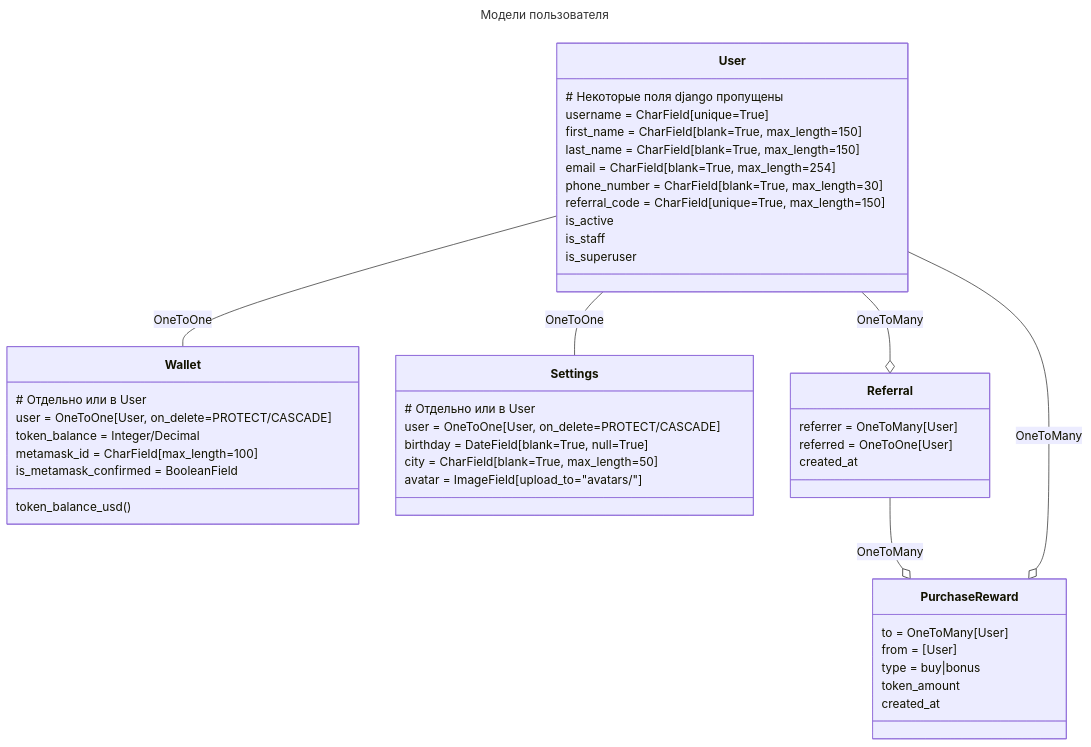
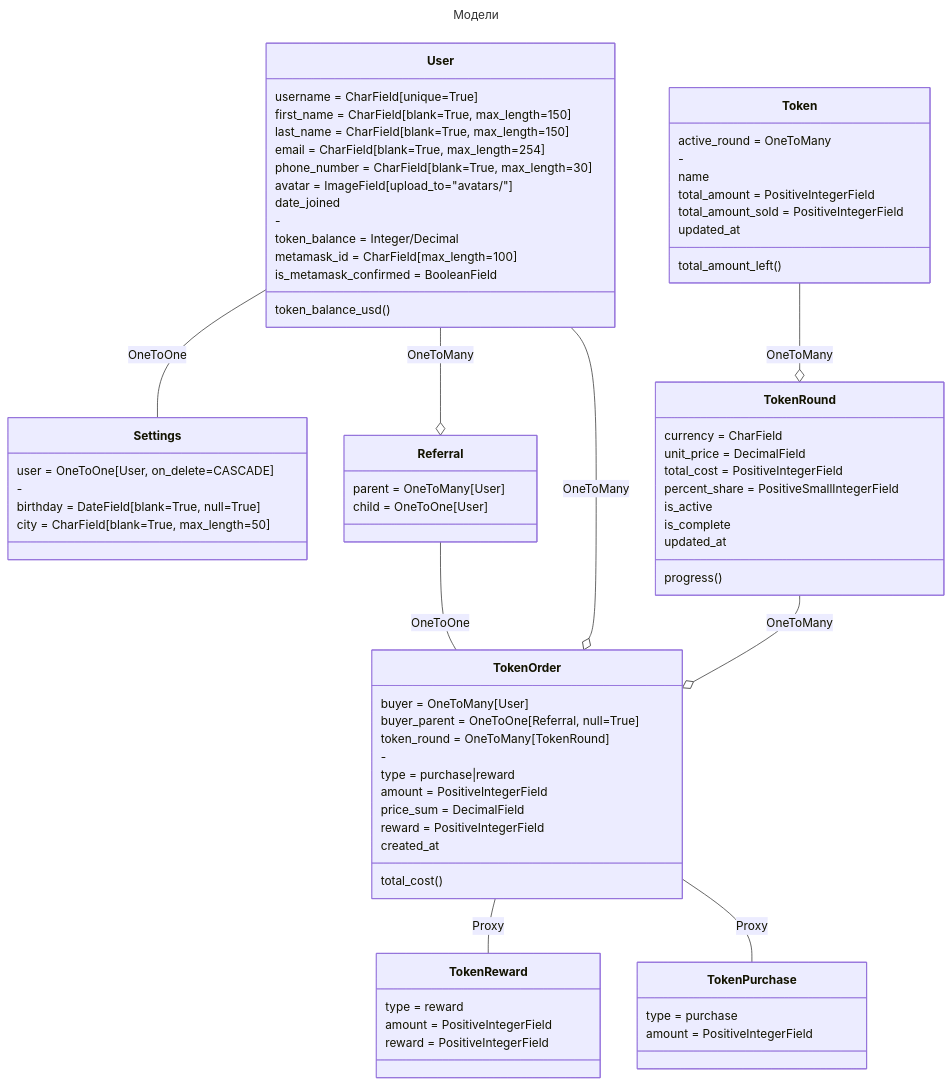
One commit to DmitryPi/market_django changed the first of 2 diagrams in README.md. Above: the diagram before and after it, drawn with Mermaid. The commit also changed 4 other files, not shown here.

Commit message:
- Create model TokenOrder  - Rename field is_completed on tokenround to is_complete - Delete model TokenPurchase - Add field token_round to tokenorder

````diff
--- a/README.md
+++ b/README.md
@@ -39,30 +39,26 @@
 ```mermaid
 ---
-title: Модели пользователя
+title: Модели
 ---
 classDiagram
-    User -- Wallet : OneToOne
     User -- Settings : OneToOne
     User --o Referral : OneToMany
-    Referral --o PurchaseReward : OneToMany
-    User --o PurchaseReward : OneToMany
+    Token --o TokenRound : OneToMany
+    User --o TokenOrder : OneToMany
+    TokenRound --o TokenOrder : OneToMany
+    Referral -- TokenOrder : OneToOne
+    TokenOrder -- TokenReward : Proxy
+    TokenOrder -- TokenPurchase : Proxy
 
     class User {
-        # Некоторые поля django пропущены
         username = CharField[unique=True]
         first_name = CharField[blank=True, max_length=150]
         last_name = CharField[blank=True, max_length=150]
         email = CharField[blank=True, max_length=254]
         phone_number = CharField[blank=True, max_length=30]
-        referral_code = CharField[unique=True, max_length=150]
-        is_active
-        is_staff
-        is_superuser
-    }
-
-    class Wallet {
-        # Отдельно или в User
-        user = OneToOne[User, on_delete=PROTECT/CASCADE]
+        avatar = ImageField[upload_to="avatars/"]
+        date_joined
+        -
         token_balance = Integer/Decimal
         metamask_id = CharField[max_length=100]
         is_metamask_confirmed = BooleanField
@@ -70,24 +66,59 @@
     }
 
     class Settings {
-        # Отдельно или в User
-        user = OneToOne[User, on_delete=PROTECT/CASCADE]
+        user = OneToOne[User, on_delete=CASCADE]
+        -
         birthday = DateField[blank=True, null=True]
         city = CharField[blank=True, max_length=50]
-        avatar = ImageField[upload_to="avatars/"]
     }
 
     class Referral {
-        referrer = OneToMany[User]
-        referred = OneToOne[User]
-        created_at
+        parent = OneToMany[User]
+        child = OneToOne[User]
     }
 
-    class PurchaseReward {
-        to = OneToMany[User]
-        from = [User]
-        type = buy|bonus
-        token_amount
+    class Token {
+        active_round = OneToMany
+        -
+        name
+        total_amount = PositiveIntegerField
+        total_amount_sold = PositiveIntegerField
+        updated_at
+        total_amount_left()
+    }
+
+    class TokenRound {
+        currency = CharField
+        unit_price = DecimalField
+        total_cost = PositiveIntegerField
+        percent_share = PositiveSmallIntegerField
+        is_active
+        is_complete
+        updated_at
+        progress()
+    }
+
+    class TokenOrder {
+        buyer = OneToMany[User]
+        buyer_parent = OneToOne[Referral, null=True]
+        token_round = OneToMany[TokenRound]
+        -
+        type = purchase|reward
+        amount = PositiveIntegerField
+        price_sum = DecimalField
+        reward = PositiveIntegerField
         created_at
+        total_cost()
+    }
+
+    class TokenPurchase {
+        type = purchase
+        amount = PositiveIntegerField
+    }
+
+    class TokenReward {
+        type = reward
+        amount = PositiveIntegerField
+        reward = PositiveIntegerField
     }
 ```
````
